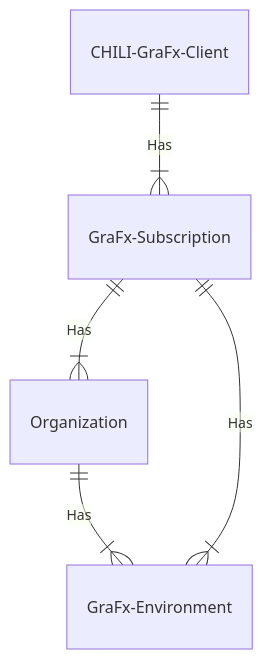
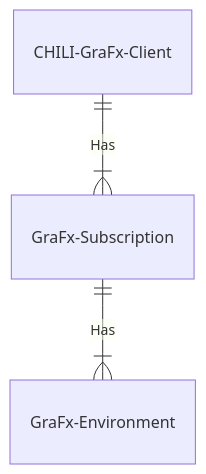
The diagram in docs/CHILI_GraFx/user_management_scope.md (chili-publish/grafx-documentation), drawn with Mermaid before and after one commit. The commit also changed other lines of this file and 4 other files, not shown here.

````diff
--- a/docs/CHILI_GraFx/user_management_scope.md
+++ b/docs/CHILI_GraFx/user_management_scope.md
@@ -9,7 +9,5 @@
 ``` mermaid
 erDiagram
   CHILI-GraFx-Client ||--|{ GraFx-Subscription : Has
-  GraFx-Subscription ||--|{ Organization : Has
-  Organization ||--|{ GraFx-Environment : Has
   GraFx-Subscription ||--|{ GraFx-Environment : Has
 ```
````
